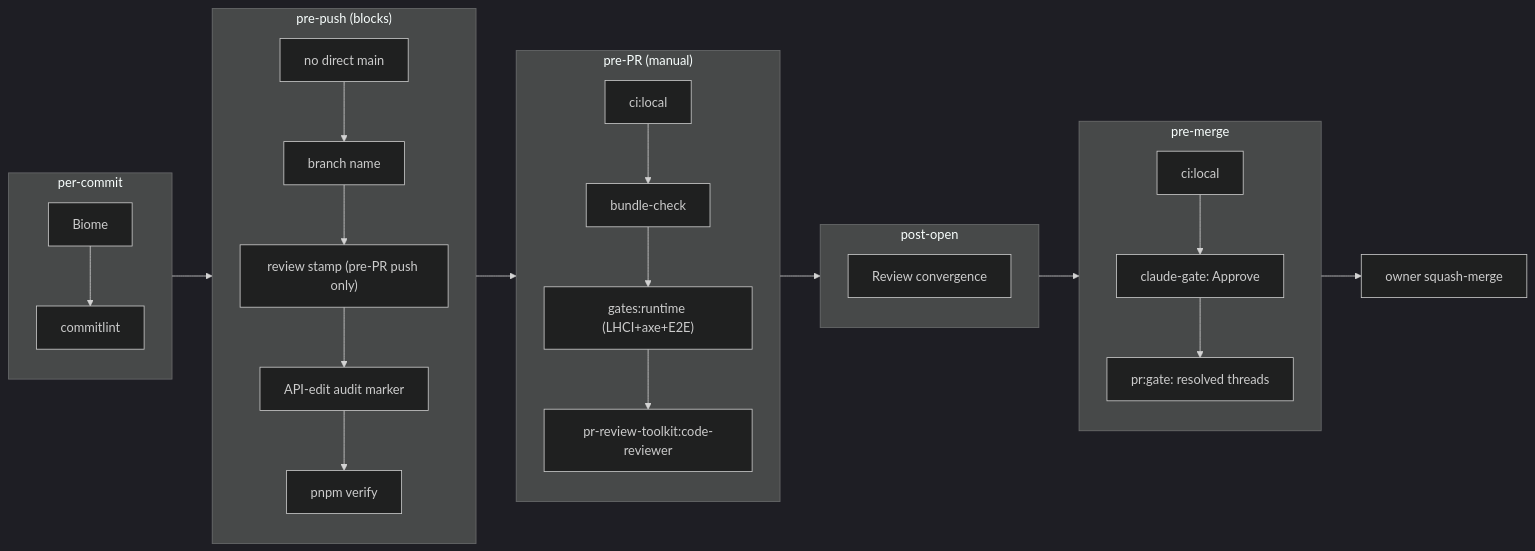
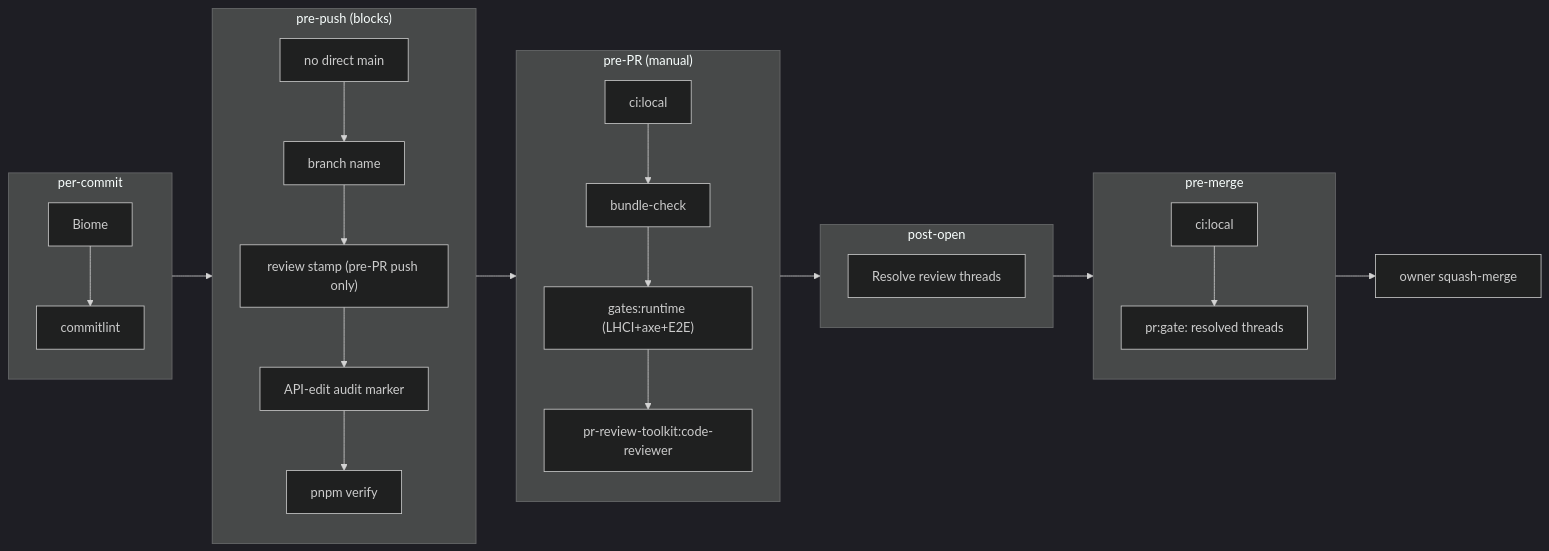
The second of 2 diagrams in docs/handbook/development-lifecycle.md (erikunha/portfolio), drawn with Mermaid (dark theme) before and after one commit. The commit also changed other lines of this file and 10 other files, not shown here.

First line of the commit message:
ci(review): make claude-review opt-in and non-blocking (#355)

````diff
--- a/docs/handbook/development-lifecycle.md
+++ b/docs/handbook/development-lifecycle.md
@@ -69,19 +69,19 @@
 ```mermaid
 flowchart LR
     subgraph commit["per-commit"]
         g1["Biome"] --> g2["commitlint"]
     end
     subgraph prepush["pre-push (blocks)"]
         g3["no direct main"] --> g4["branch name"] --> g5["review stamp (pre-PR push only)"] --> g6["API-edit audit marker"] --> g7["pnpm verify"]
     end
     subgraph prepr["pre-PR (manual)"]
         g8["ci:local"] --> g9["bundle-check"] --> g11["gates:runtime (LHCI+axe+E2E)"] --> g12["pr-review-toolkit:code-reviewer"]
     end
     subgraph open["post-open"]
-        g13["Review convergence"]
+        g13["Resolve review threads"]
     end
     subgraph premerge["pre-merge"]
-        g15["ci:local"] --> g17["claude-gate: Approve"] --> g18["pr:gate: resolved threads"]
+        g15["ci:local"] --> g18["pr:gate: resolved threads"]
     end
     commit --> prepush --> prepr --> open --> premerge --> merge["owner squash-merge"]
 ```
````
